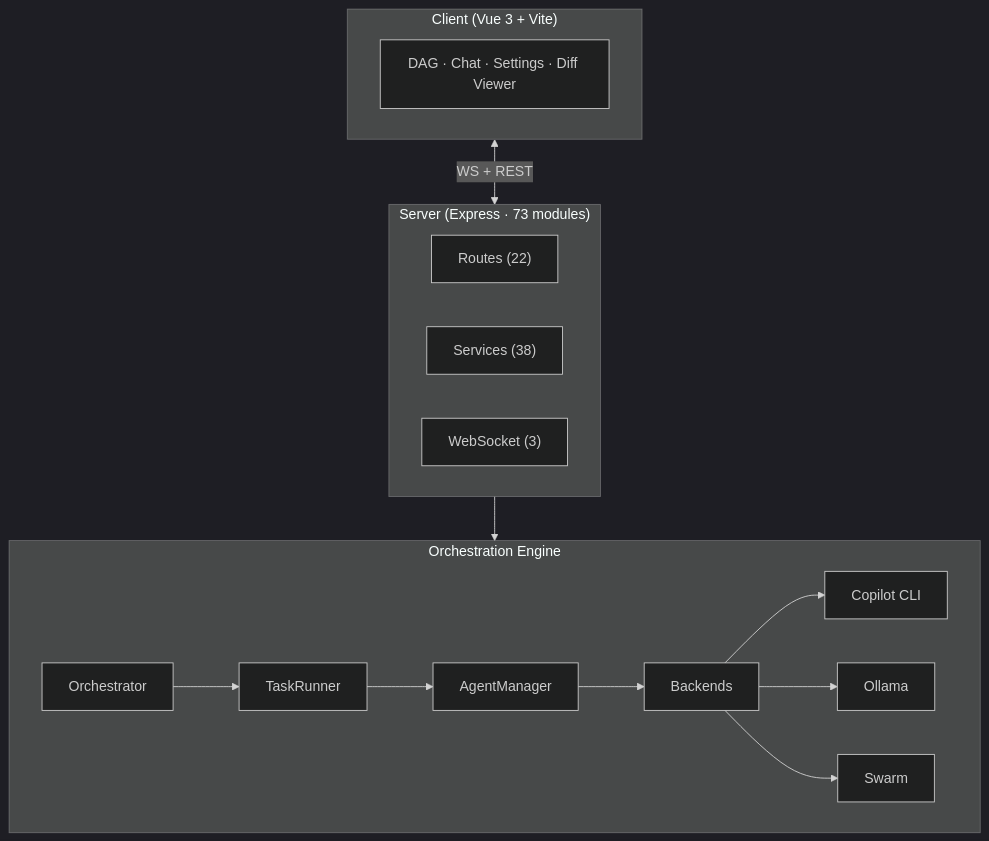
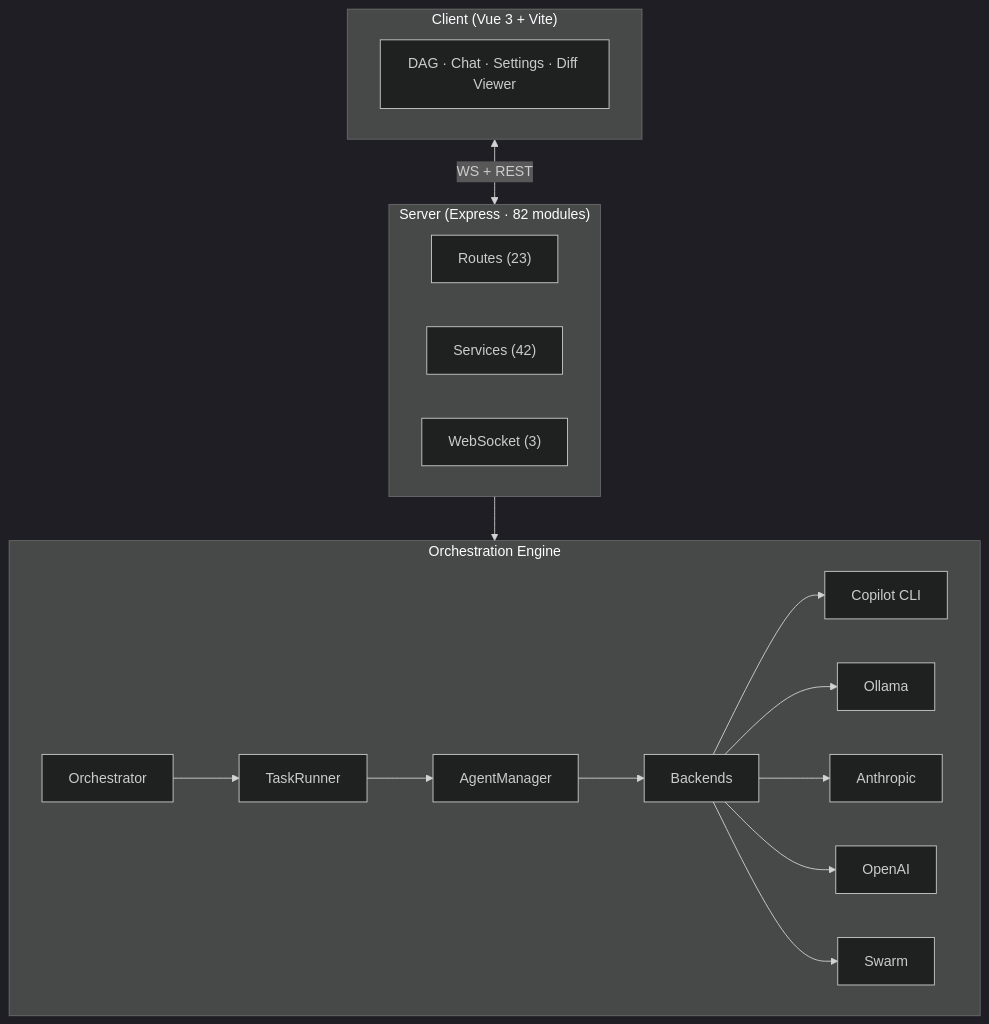
One commit to MrUnreal/hAIvemind changed the third of 3 diagrams in README.md. Above: the diagram before and after it, drawn with Mermaid (dark theme). The commit also changed other lines of this file and 28 other files, not shown here.

````diff
--- a/README.md
+++ b/README.md
@@ -115,25 +120,27 @@
 ```mermaid
 graph TB
   subgraph Client["Client (Vue 3 + Vite)"]
     UI["DAG · Chat · Settings · Diff Viewer"]
   end
 
-  subgraph Server["Server (Express · 73 modules)"]
+  subgraph Server["Server (Express · 82 modules)"]
     direction LR
-    R["Routes (22)"]
-    S["Services (38)"]
+    R["Routes (23)"]
+    S["Services (42)"]
     WS["WebSocket (3)"]
   end
 
   subgraph Engine["Orchestration Engine"]
     ORC["Orchestrator"] --> TK["TaskRunner"]
     TK --> AM["AgentManager"]
     AM --> BE["Backends"]
     BE --> CP["Copilot CLI"]
     BE --> OL["Ollama"]
+    BE --> AN["Anthropic"]
+    BE --> OA["OpenAI"]
     BE --> SW["Swarm"]
   end
 
   Client <-->|"WS + REST"| Server
   Server --> Engine
 ```
````
